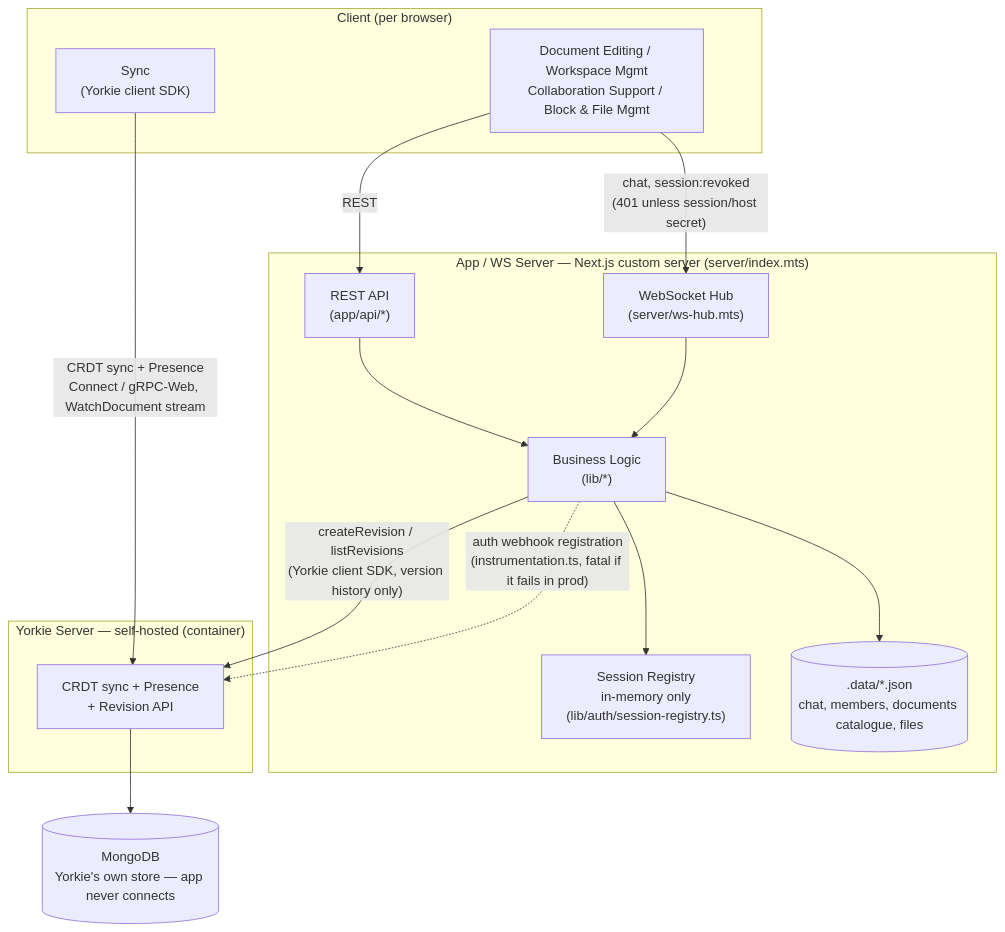
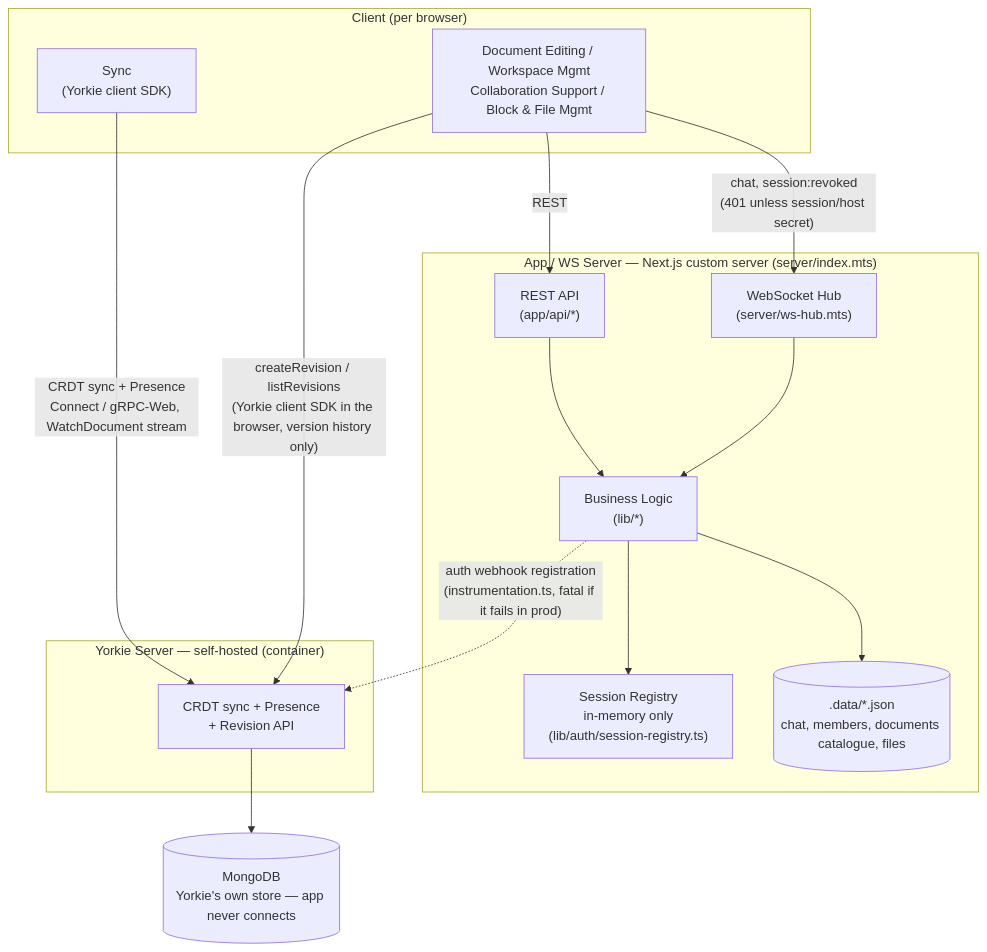
The diagram in ARCHITECTURE.md (CBNU-TeamH/RMF-Block), drawn with Mermaid before and after one commit. The commit also changed other lines of this file and 20 other files, not shown here.

````diff
--- a/ARCHITECTURE.md
+++ b/ARCHITECTURE.md
@@ -7,34 +7,34 @@
 ```mermaid
 graph TB
   subgraph Client["Client (per browser)"]
     UI["Document Editing / Workspace Mgmt<br/>Collaboration Support / Block & File Mgmt"]
     SyncSDK["Sync<br/>(Yorkie client SDK)"]
   end
 
   subgraph AppServer["App / WS Server — Next.js custom server (server/index.mts)"]
     REST["REST API<br/>(app/api/*)"]
     WSHub["WebSocket Hub<br/>(server/ws-hub.mts)"]
     BizLogic["Business Logic<br/>(lib/*)"]
     SessionReg["Session Registry<br/>in-memory only<br/>(lib/auth/session-registry.ts)"]
     DataFiles[(".data/*.json<br/>chat, members, documents catalogue, files")]
   end
 
   subgraph YorkieBox["Yorkie Server — self-hosted (container)"]
     YorkieCore["CRDT sync + Presence<br/>+ Revision API"]
   end
 
   Mongo[(MongoDB<br/>Yorkie's own store — app never connects)]
 
   UI -->|"REST"| REST
   UI -->|"chat, session:revoked<br/>(401 unless session/host secret)"| WSHub
   SyncSDK -->|"CRDT sync + Presence<br/>Connect / gRPC-Web, WatchDocument stream"| YorkieCore
+  UI -->|"createRevision / listRevisions<br/>(Yorkie client SDK in the browser, version history only)"| YorkieCore
 
   REST --> BizLogic
   WSHub --> BizLogic
   BizLogic --> DataFiles
   BizLogic --> SessionReg
-  BizLogic -->|"createRevision / listRevisions<br/>(Yorkie client SDK, version history only)"| YorkieCore
   BizLogic -.->|"auth webhook registration<br/>(instrumentation.ts, fatal if it fails in prod)"| YorkieCore
 
   YorkieCore --> Mongo
 ```
````
